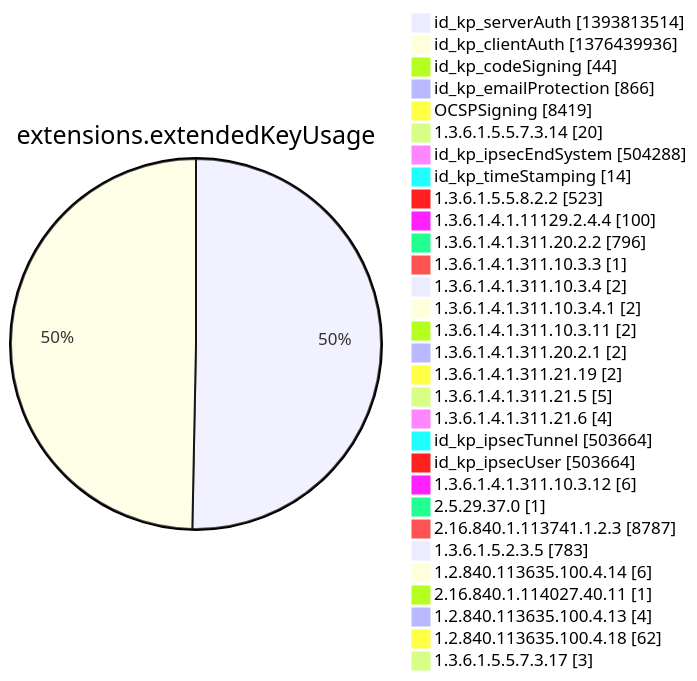
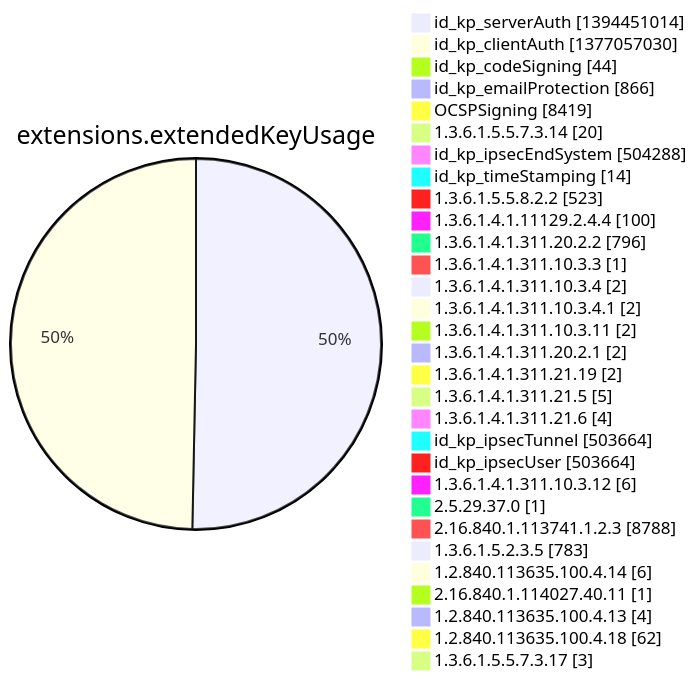
Before and after one commit to christiankrug/ctmonitor_visualization: diagram 12 of 15 in argon2022/README.md, drawn with Mermaid. The commit also changed other lines of this file, not shown here.

````diff
--- a/argon2022/README.md
+++ b/argon2022/README.md
@@ -3554,34 +3554,34 @@
 ```mermaid
 pie showData
 title extensions.extendedKeyUsage
-"id_kp_serverAuth" :1393813514
-"id_kp_clientAuth" :1376439936
+"id_kp_serverAuth" :1394451014
+"id_kp_clientAuth" :1377057030
 "id_kp_codeSigning" :44
 "id_kp_emailProtection" :866
 "OCSPSigning" :8419
 "1.3.6.1.5.5.7.3.14" :20
 "id_kp_ipsecEndSystem" :504288
 "id_kp_timeStamping" :14
 "1.3.6.1.5.5.8.2.2" :523
 "1.3.6.1.4.1.11129.2.4.4" :100
 "1.3.6.1.4.1.311.20.2.2" :796
 "1.3.6.1.4.1.311.10.3.3" :1
 "1.3.6.1.4.1.311.10.3.4" :2
 "1.3.6.1.4.1.311.10.3.4.1" :2
 "1.3.6.1.4.1.311.10.3.11" :2
 "1.3.6.1.4.1.311.20.2.1" :2
 "1.3.6.1.4.1.311.21.19" :2
 "1.3.6.1.4.1.311.21.5" :5
 "1.3.6.1.4.1.311.21.6" :4
 "id_kp_ipsecTunnel" :503664
 "id_kp_ipsecUser" :503664
 "1.3.6.1.4.1.311.10.3.12" :6
 "2.5.29.37.0" :1
-"2.16.840.1.113741.1.2.3" :8787
+"2.16.840.1.113741.1.2.3" :8788
 "1.3.6.1.5.2.3.5" :783
 "1.2.840.113635.100.4.14" :6
 "2.16.840.1.114027.40.11" :1
 "1.2.840.113635.100.4.13" :4
 "1.2.840.113635.100.4.18" :62
 "1.3.6.1.5.5.7.3.17" :3
 ```
````
